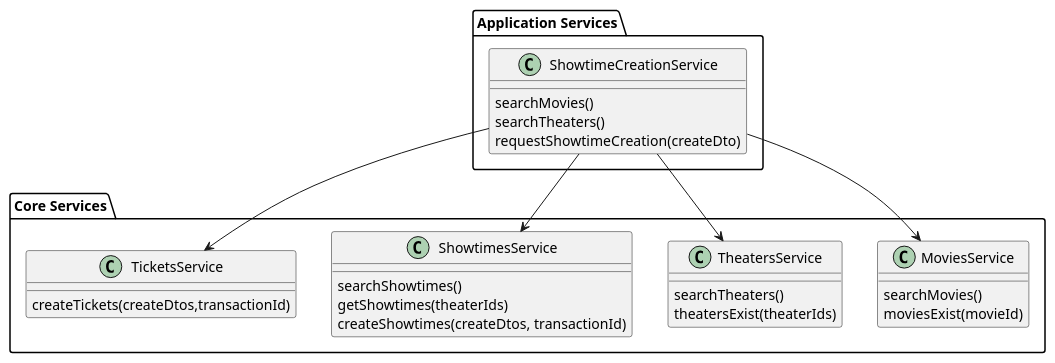
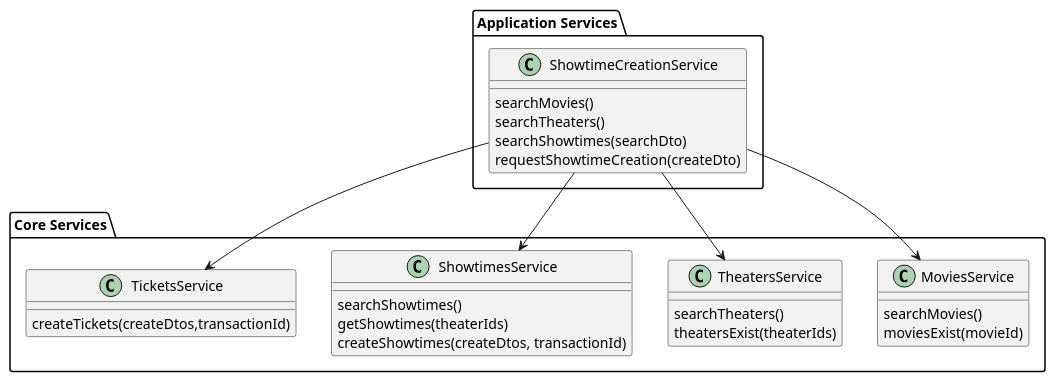
One commit to mannercode/mannercode.github.io changed diagram 15 of 16 in _posts/2025-06-01-backend-design-3.md. Above: the diagram before and after it, drawn with PlantUML. The commit also changed other lines of this file and 9 other files, not shown here.

```diff
--- a/_posts/2025-06-01-backend-design-3.md
+++ b/_posts/2025-06-01-backend-design-3.md
@@ -737,39 +737,40 @@
 {% plantuml %}
 @startuml
 package "Application Services" {
     class ShowtimeCreationService{
         searchMovies()
         searchTheaters()
+        searchShowtimes(searchDto)
         requestShowtimeCreation(createDto)
     }
 }
 
 package "Core Services" {
     class MoviesService{
         searchMovies()
         moviesExist(movieId)
     }
 
     class TheatersService{
         searchTheaters()
         theatersExist(theaterIds)
     }
 
     class ShowtimesService{
         searchShowtimes()
         getShowtimes(theaterIds)
         createShowtimes(createDtos, transactionId)
     }
 
     class TicketsService{
         createTickets(createDtos,transactionId)
     }
 }
 
 ShowtimeCreationService --> MoviesService
 ShowtimeCreationService --> TheatersService
 ShowtimeCreationService --> ShowtimesService
 ShowtimeCreationService --> TicketsService
 
 @enduml
 {% endplantuml %}
```
